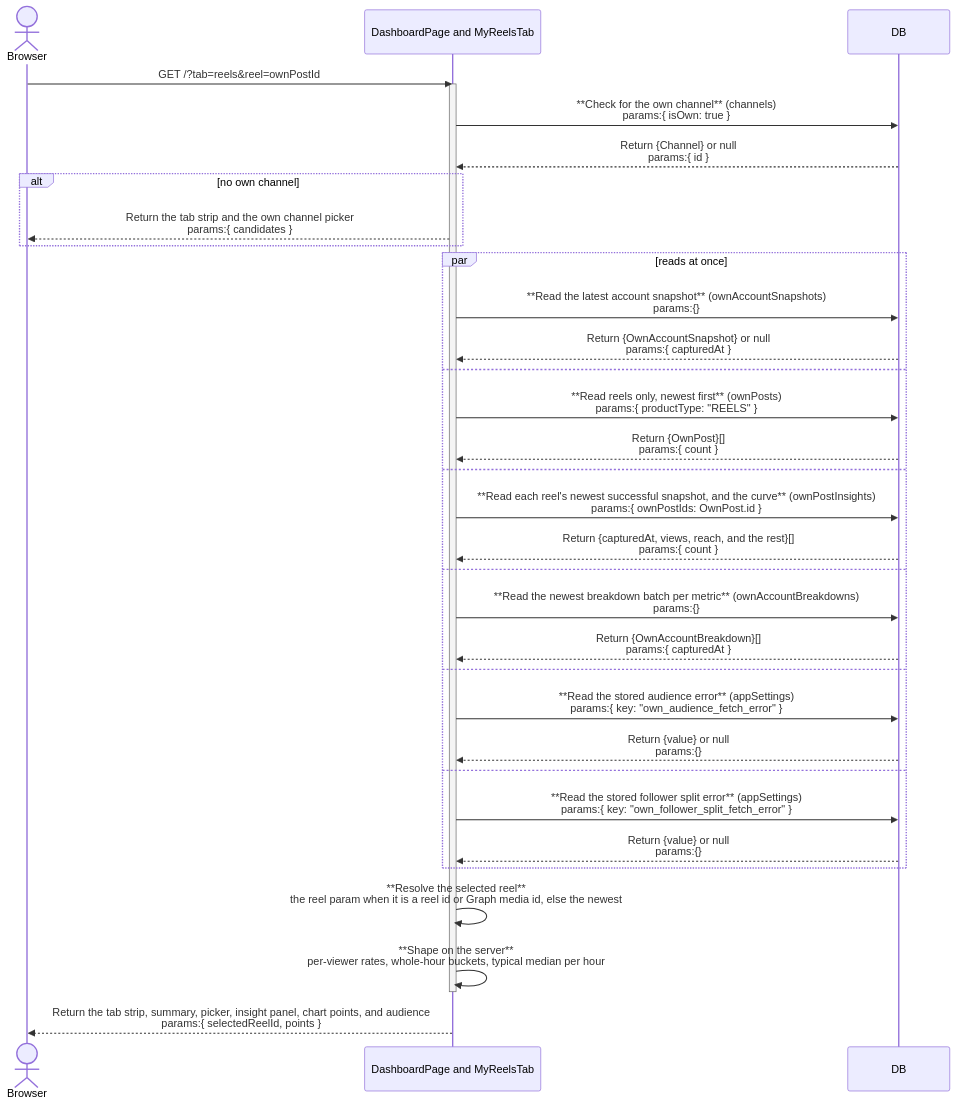
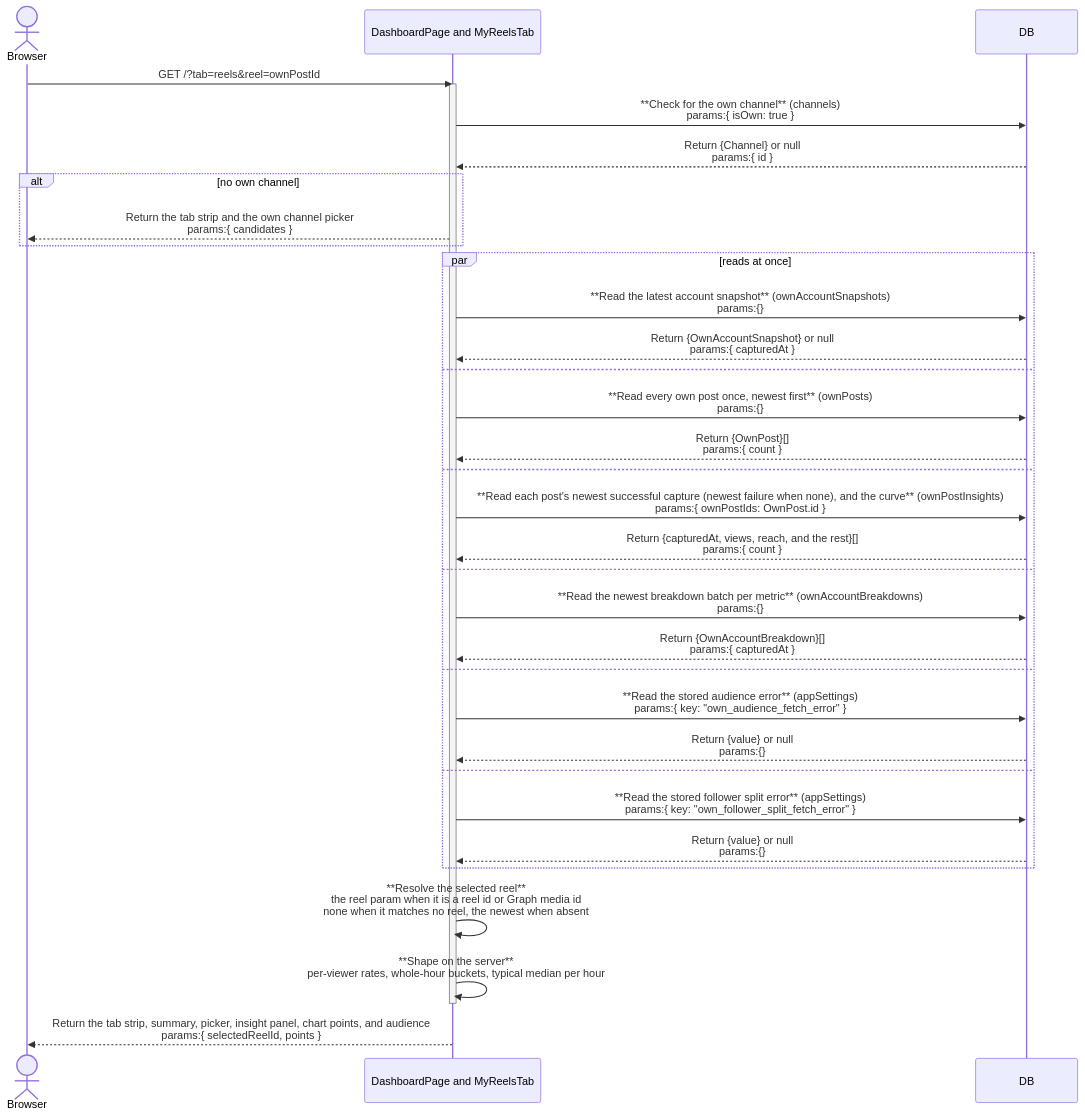
The fourth of 4 diagrams in documents/architect/core-components/mine/02-architecture.md (Kaiships-ai/crowsnest), drawn with Mermaid before and after one commit. The commit also changed other lines of this file and 2 other files, not shown here.

````diff
--- a/documents/architect/core-components/mine/02-architecture.md
+++ b/documents/architect/core-components/mine/02-architecture.md
@@ -302,37 +302,37 @@
 ```mermaid
 sequenceDiagram
     actor UI as Browser
     participant Page as DashboardPage and MyReelsTab
     participant DB
 
     UI->>Page: GET /?tab=reels&reel=ownPostId
     activate Page
     Page->>DB: **Check for the own channel** (channels)<br/>params:{ isOwn: true }
     DB-->>Page: Return {Channel} or null<br/>params:{ id }
     alt no own channel
         Page-->>UI: Return the tab strip and the own channel picker<br/>params:{ candidates }
     end
     par reads at once
         Page->>DB: **Read the latest account snapshot** (ownAccountSnapshots)<br/>params:{}
         DB-->>Page: Return {OwnAccountSnapshot} or null<br/>params:{ capturedAt }
     and
-        Page->>DB: **Read reels only, newest first** (ownPosts)<br/>params:{ productType: "REELS" }
+        Page->>DB: **Read every own post once, newest first** (ownPosts)<br/>params:{}
         DB-->>Page: Return {OwnPost}[]<br/>params:{ count }
     and
-        Page->>DB: **Read each reel's newest successful snapshot, and the curve** (ownPostInsights)<br/>params:{ ownPostIds: OwnPost.id }
+        Page->>DB: **Read each post's newest successful capture (newest failure when none), and the curve** (ownPostInsights)<br/>params:{ ownPostIds: OwnPost.id }
         DB-->>Page: Return {capturedAt, views, reach, and the rest}[]<br/>params:{ count }
     and
         Page->>DB: **Read the newest breakdown batch per metric** (ownAccountBreakdowns)<br/>params:{}
         DB-->>Page: Return {OwnAccountBreakdown}[]<br/>params:{ capturedAt }
     and
         Page->>DB: **Read the stored audience error** (appSettings)<br/>params:{ key: "own_audience_fetch_error" }
         DB-->>Page: Return {value} or null<br/>params:{}
     and
         Page->>DB: **Read the stored follower split error** (appSettings)<br/>params:{ key: "own_follower_split_fetch_error" }
         DB-->>Page: Return {value} or null<br/>params:{}
     end
-    Page->>Page: **Resolve the selected reel**<br/>the reel param when it is a reel id or Graph media id, else the newest
+    Page->>Page: **Resolve the selected reel**<br/>the reel param when it is a reel id or Graph media id<br/>none when it matches no reel, the newest when absent
     Page->>Page: **Shape on the server**<br/>per-viewer rates, whole-hour buckets, typical median per hour
     deactivate Page
     Page-->>UI: Return the tab strip, summary, picker, insight panel, chart points, and audience<br/>params:{ selectedReelId, points }
 ```
````
